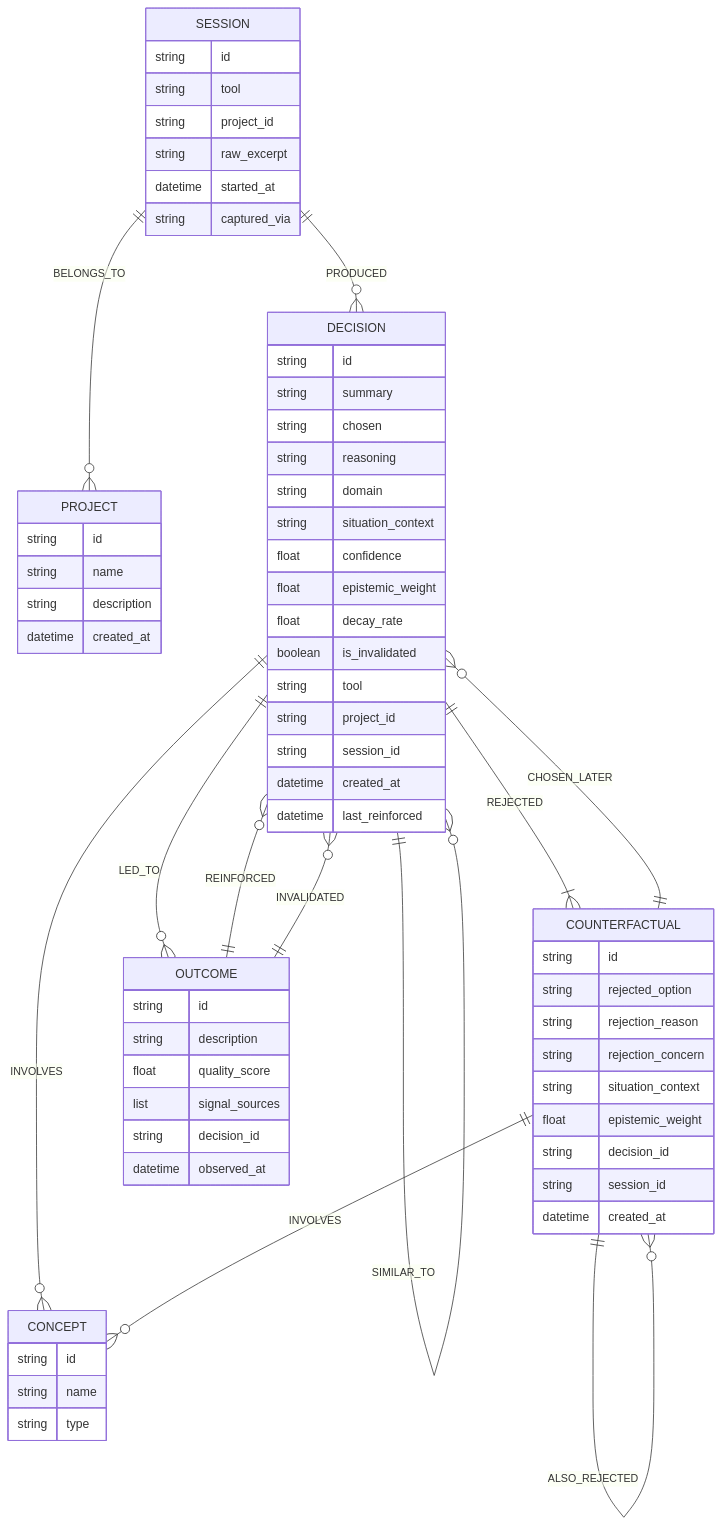
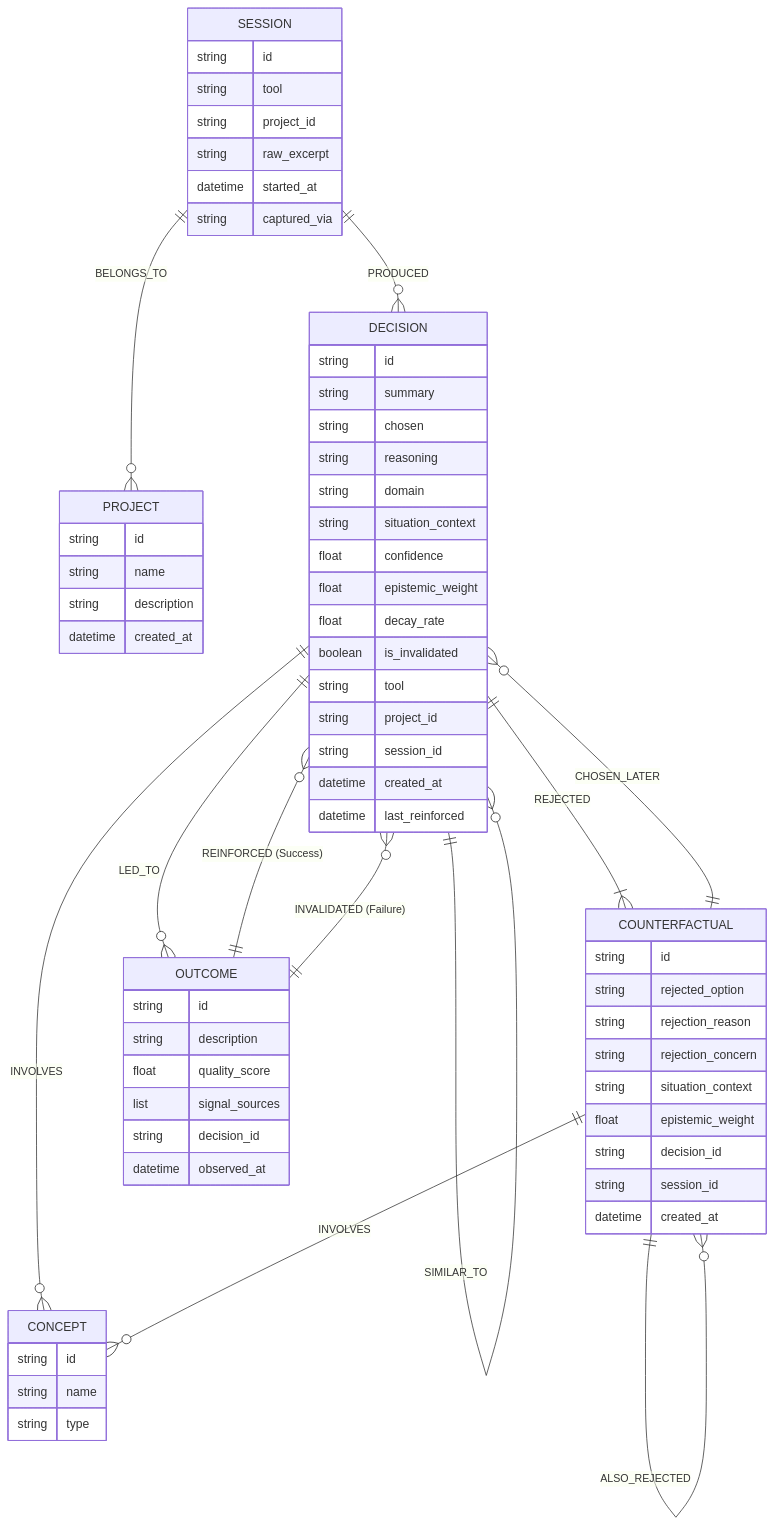
Before and after one commit to bitphonix/Engram: the second of 3 diagrams in README.md, drawn with Mermaid.

Commit message:
Update: Knowledge Base Graph

````diff
--- a/README.md
+++ b/README.md
@@ -149,77 +149,82 @@
 ```mermaid
 erDiagram
     SESSION {
         string id
         string tool
         string project_id
         string raw_excerpt
         datetime started_at
         string captured_via
     }
     PROJECT {
         string id
         string name
         string description
         datetime created_at
     }
     DECISION {
         string id
         string summary
         string chosen
         string reasoning
         string domain
         string situation_context
         float confidence
         float epistemic_weight
         float decay_rate
         boolean is_invalidated
         string tool
         string project_id
         string session_id
         datetime created_at
         datetime last_reinforced
     }
     COUNTERFACTUAL {
         string id
         string rejected_option
         string rejection_reason
         string rejection_concern
         string situation_context
         float epistemic_weight
         string decision_id
         string session_id
         datetime created_at
     }
     OUTCOME {
         string id
         string description
         float quality_score
         list signal_sources
         string decision_id
         datetime observed_at
     }
     CONCEPT {
         string id
         string name
         string type
     }
 
+    %% Organizational Hierarchy
     SESSION ||--o{ PROJECT : "BELONGS_TO"
     SESSION ||--o{ DECISION : "PRODUCED"
-    
+
+    %% Causal & Historical Chains
     DECISION ||--o{ DECISION : "CAUSED_BY"
     DECISION ||--o{ DECISION : "SUPERSEDES"
     DECISION ||--o{ DECISION : "CONTRADICTS"
     DECISION ||--o{ DECISION : "SIMILAR_TO"
-    
+
+    %% The Counterfactual Engine
     DECISION ||--|{ COUNTERFACTUAL : "REJECTED"
     COUNTERFACTUAL ||--o{ COUNTERFACTUAL : "ALSO_REJECTED"
     COUNTERFACTUAL ||--o{ DECISION : "CHOSEN_LATER"
-    
+
+    %% Evolutionary Feedback Loop
     DECISION ||--o{ OUTCOME : "LED_TO"
-    OUTCOME ||--o{ DECISION : "REINFORCED"
-    OUTCOME ||--o{ DECISION : "INVALIDATED"
-    
+    OUTCOME ||--o{ DECISION : "REINFORCED (Success)"
+    OUTCOME ||--o{ DECISION : "INVALIDATED (Failure)"
+
+    %% Taxonomy & Domain Linking
     DECISION ||--o{ CONCEPT : "INVOLVES"
     COUNTERFACTUAL ||--o{ CONCEPT : "INVOLVES"
 ```
````
